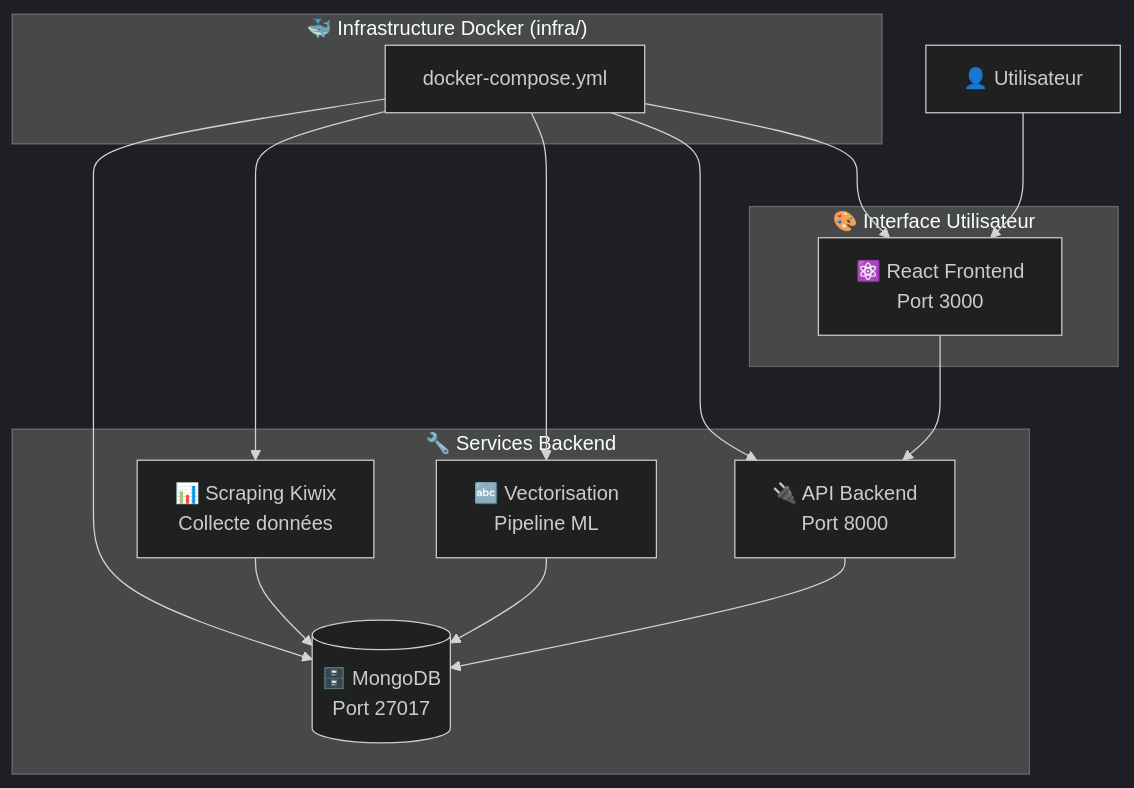
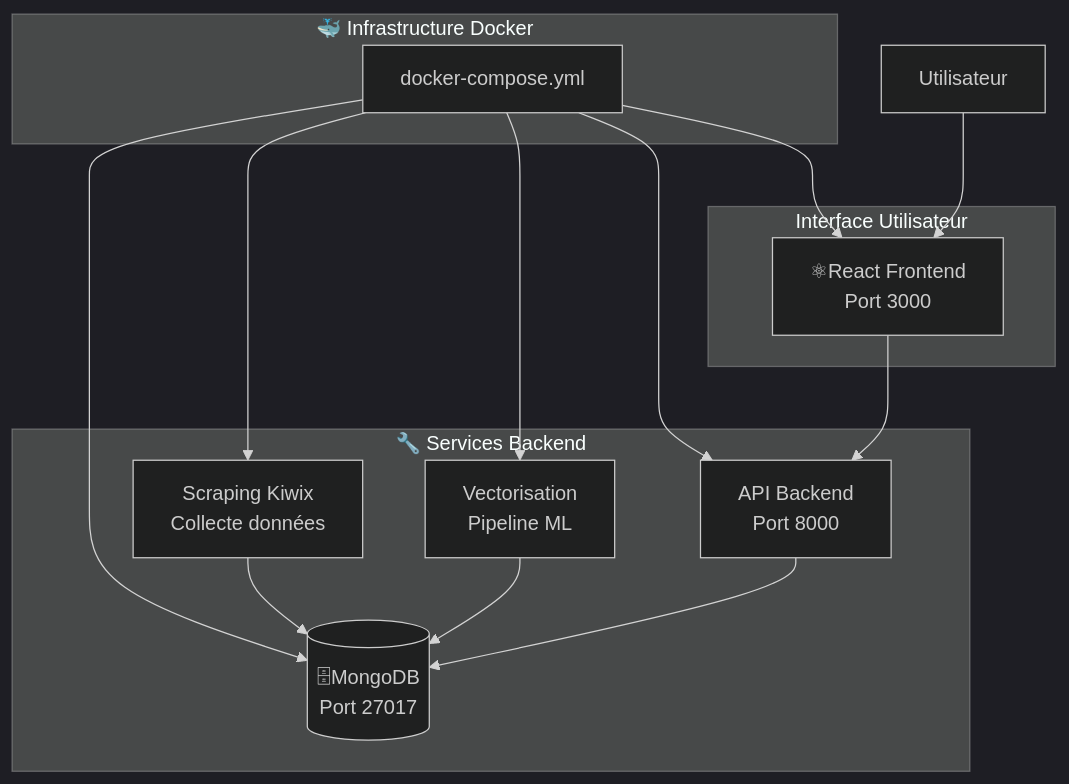
The second of 3 diagrams in profile/README.md (epf-projet-chatbot/.github), drawn with Mermaid (dark theme) before and after one commit. The commit also changed other lines of this file, not shown here.

````diff
--- a/profile/README.md
+++ b/profile/README.md
@@ -55,35 +55,35 @@
 ```mermaid
 flowchart TD
     %% Infrastructure Docker
-    subgraph INFRA["🐳 Infrastructure Docker (infra/)"]
+    subgraph INFRA["🐳 Infrastructure Docker"]
         COMPOSE["docker-compose.yml"]
     end
     
     %% Services Backend
     subgraph BACKEND["🔧 Services Backend"]
-        MONGO[("🗄️ MongoDB<br/>Port 27017")]
-        SCRAP["📊 Scraping Kiwix<br/>Collecte données"]
-        VECTOR["🔤 Vectorisation<br/>Pipeline ML"]
-        API["🔌 API Backend<br/>Port 8000"]
+        MONGO[("🗄MongoDB<br/>Port 27017")]
+        SCRAP["Scraping Kiwix<br/>Collecte données"]
+        VECTOR["Vectorisation<br/>Pipeline ML"]
+        API["API Backend<br/>Port 8000"]
     end
     
     %% Frontend
-    subgraph FRONTEND["🎨 Interface Utilisateur"]
-        WEB["⚛️ React Frontend<br/>Port 3000"]
+    subgraph FRONTEND["Interface Utilisateur"]
+        WEB["⚛React Frontend<br/>Port 3000"]
     end
     
     %% Flux de données
     COMPOSE --> MONGO
     COMPOSE --> SCRAP
     COMPOSE --> VECTOR
     COMPOSE --> API
     COMPOSE --> WEB
     
     SCRAP --> MONGO
     VECTOR --> MONGO
     API --> MONGO
     WEB --> API
     
     %% Utilisateur
-    USER["👤 Utilisateur"] --> WEB
+    USER["Utilisateur"] --> WEB
 ```
````
